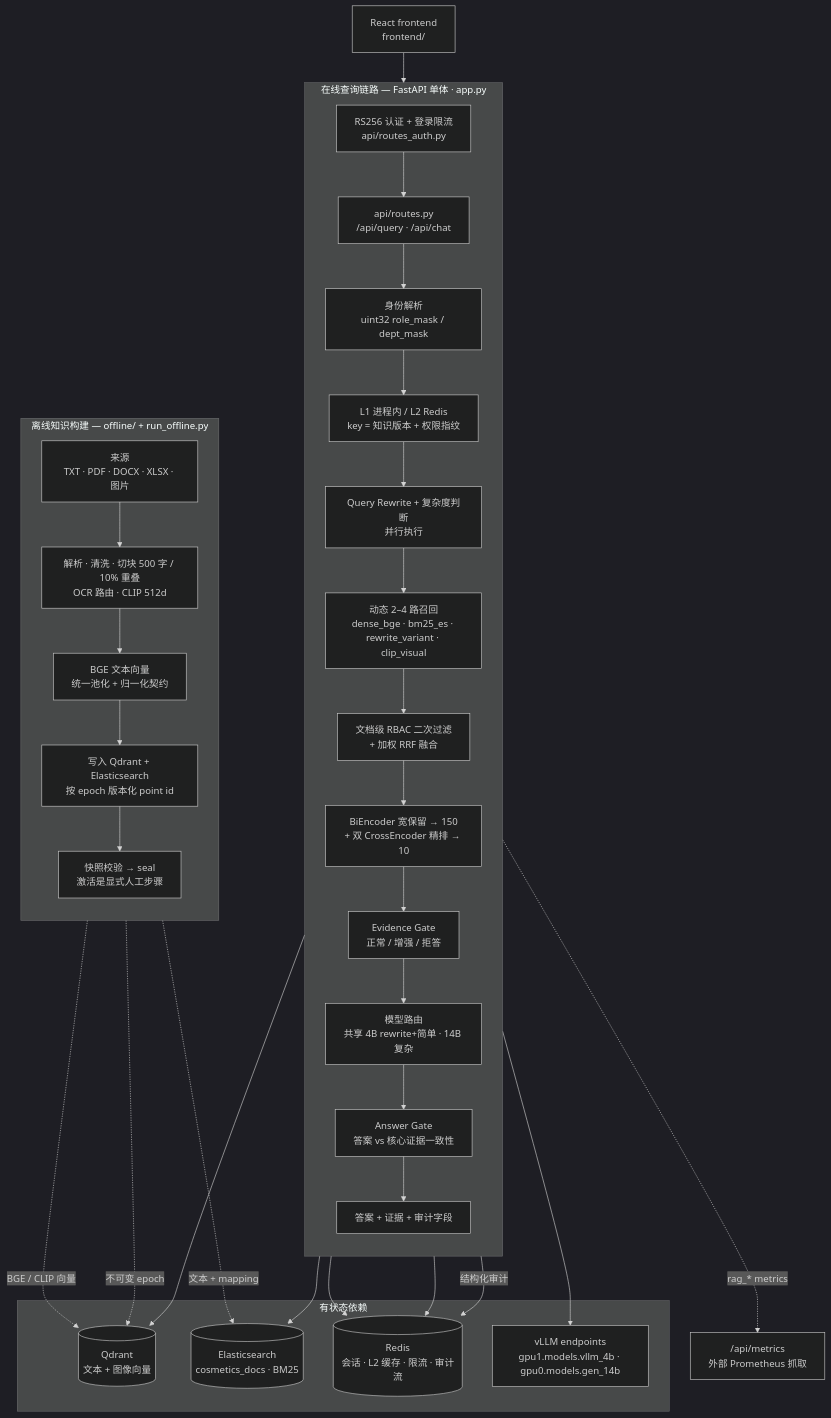
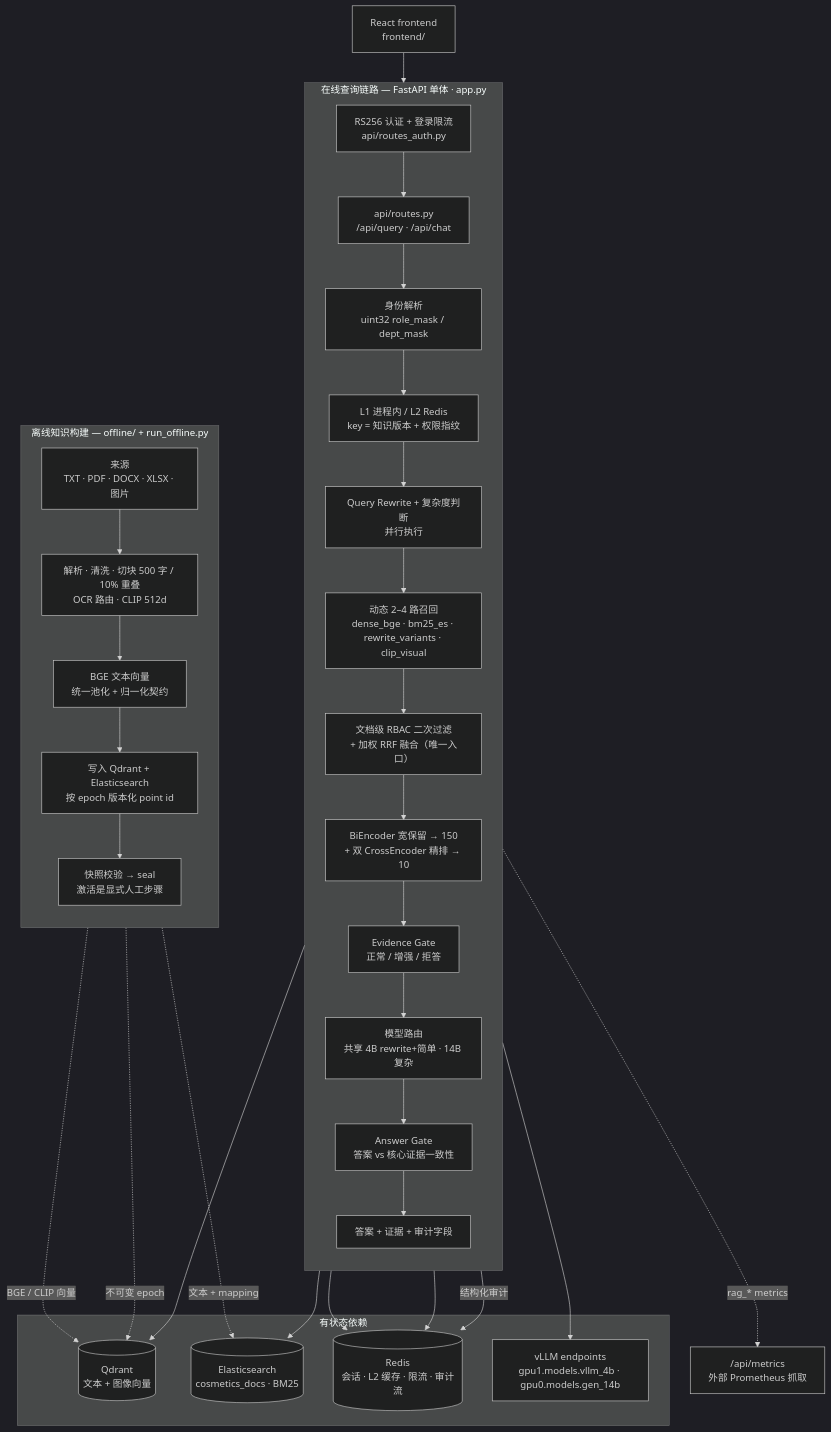
Before and after one commit to Xander-Xai/Beauty-Industry-RAG-QA-System: the diagram in docs/architecture-baseline.md, drawn with Mermaid (dark theme). The commit also changed other lines of this file and 11 other files, not shown here.

First line of the commit message:
fix: single weighted-RRF fusion entry, one spelling for the rewrite path, README restructured (#88)

````diff
--- a/docs/architecture-baseline.md
+++ b/docs/architecture-baseline.md
@@ -33,51 +33,51 @@
 ```mermaid
 flowchart TB
   FE["React frontend<br/>frontend/"]
 
   subgraph ONLINE["在线查询链路 — FastAPI 单体 · app.py"]
     direction TB
     AUTH["RS256 认证 + 登录限流<br/>api/routes_auth.py"]
     API["api/routes.py<br/>/api/query · /api/chat"]
     ID["身份解析<br/>uint32 role_mask / dept_mask"]
     CACHE["L1 进程内 / L2 Redis<br/>key = 知识版本 + 权限指纹"]
     RW["Query Rewrite + 复杂度判断<br/>并行执行"]
-    REC["动态 2–4 路召回<br/>dense_bge · bm25_es · rewrite_variant · clip_visual"]
-    RBAC["文档级 RBAC 二次过滤<br/>+ 加权 RRF 融合"]
+    REC["动态 2–4 路召回<br/>dense_bge · bm25_es · rewrite_variants · clip_visual"]
+    RBAC["文档级 RBAC 二次过滤<br/>+ 加权 RRF 融合（唯一入口）"]
     RERANK["BiEncoder 宽保留 → 150<br/>+ 双 CrossEncoder 精排 → 10"]
     EGATE["Evidence Gate<br/>正常 / 增强 / 拒答"]
     GEN["模型路由<br/>共享 4B rewrite+简单 · 14B 复杂"]
     AGATE["Answer Gate<br/>答案 vs 核心证据一致性"]
     OUT["答案 + 证据 + 审计字段"]
     AUTH --> API --> ID --> CACHE --> RW --> REC --> RBAC --> RERANK --> EGATE --> GEN --> AGATE --> OUT
   end
 
   subgraph OFFLINE["离线知识构建 — offline/ + run_offline.py"]
     direction TB
     SRC["来源<br/>TXT · PDF · DOCX · XLSX · 图片"]
     PROC["解析 · 清洗 · 切块 500 字 / 10% 重叠<br/>OCR 路由 · CLIP 512d"]
     EMB["BGE 文本向量<br/>统一池化 + 归一化契约"]
     WRITE["写入 Qdrant + Elasticsearch<br/>按 epoch 版本化 point id"]
     SEAL["快照校验 → seal<br/>激活是显式人工步骤"]
     SRC --> PROC --> EMB --> WRITE --> SEAL
   end
 
   subgraph STORES["有状态依赖"]
     QD[("Qdrant<br/>文本 + 图像向量")]
     ES[("Elasticsearch<br/>cosmetics_docs · BM25")]
     RD[("Redis<br/>会话 · L2 缓存 · 限流 · 审计流")]
     VLLM["vLLM endpoints<br/>gpu1.models.vllm_4b · gpu0.models.gen_14b"]
   end
 
   FE --> AUTH
   REC --> QD
   REC --> ES
   CACHE --> RD
   AUTH --> RD
   GEN --> VLLM
   OUT -->|"结构化审计"| RD
   OUT -.->|"rag_* metrics"| METRICS["/api/metrics<br/>外部 Prometheus 抓取"]
 
   PROC -.->|"BGE / CLIP 向量"| QD
   WRITE -.->|"文本 + mapping"| ES
   SEAL -.->|"不可变 epoch"| QD
 ```
````
